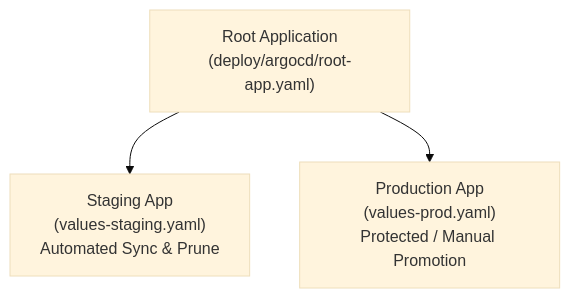
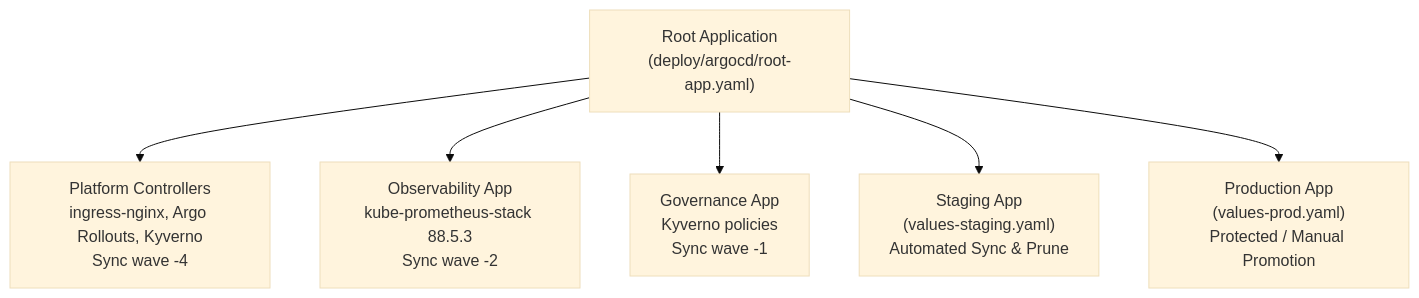
Before and after one commit to AAAmer91/kube-delivery-platform: the diagram in docs/GITOPS.md, drawn with Mermaid (base theme). The commit also changed other lines of this file and 49 other files, not shown here.

````diff
--- a/docs/GITOPS.md
+++ b/docs/GITOPS.md
@@ -9,6 +9,9 @@
 ```mermaid
 graph TD
     Root["Root Application<br/>(deploy/argocd/root-app.yaml)"]
+    Root --> Controllers["Platform Controllers<br/>ingress-nginx, Argo Rollouts, Kyverno<br/>Sync wave -4"]
+    Root --> Observe["Observability App<br/>kube-prometheus-stack 88.5.3<br/>Sync wave -2"]
+    Root --> Govern["Governance App<br/>Kyverno policies<br/>Sync wave -1"]
     Root --> Staging["Staging App<br/>(values-staging.yaml)<br/>Automated Sync & Prune"]
     Root --> Prod["Production App<br/>(values-prod.yaml)<br/>Protected / Manual Promotion"]
 ```
````
